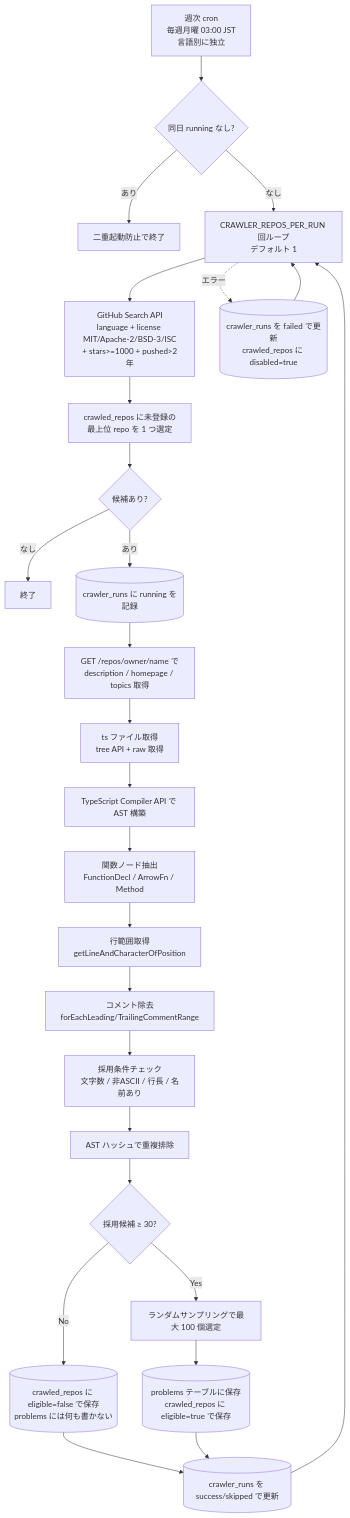
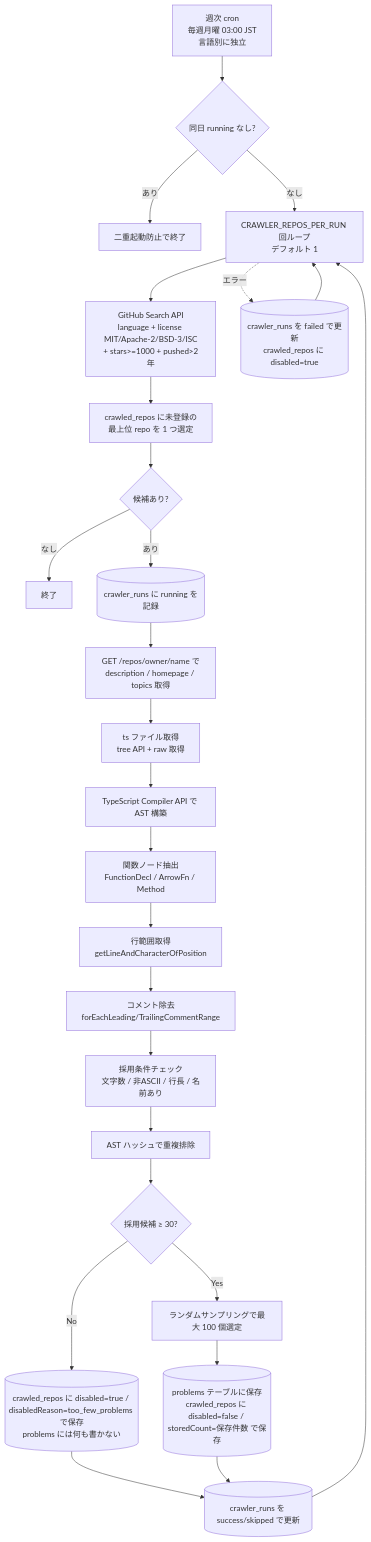
Before and after one commit to kentakki416/typing-royale: the first of 2 diagrams in docs/spec/problem-pool/README.md, drawn with Mermaid. The commit also changed other lines of this file and 6 other files, not shown here.

````diff
--- a/docs/spec/problem-pool/README.md
+++ b/docs/spec/problem-pool/README.md
@@ -415,29 +415,29 @@
 ```mermaid
 flowchart TD
     Cron[週次 cron<br/>毎週月曜 03:00 JST<br/>言語別に独立] --> Check{同日 running なし?}
     Check -->|あり| Skip0[二重起動防止で終了]
     Check -->|なし| Loop[CRAWLER_REPOS_PER_RUN 回ループ<br/>デフォルト 1]
     Loop --> Search[GitHub Search API<br/>language + license MIT/Apache-2/BSD-3/ISC<br/>+ stars>=1000 + pushed>2年]
     Search --> Pick[crawled_repos に未登録の<br/>最上位 repo を 1 つ選定]
     Pick --> None{候補あり?}
     None -->|なし| End[終了]
     None -->|あり| RunStart[(crawler_runs に running を記録)]
     RunStart --> Meta[GET /repos/owner/name で<br/>description / homepage / topics 取得]
     Meta --> Files[ts ファイル取得<br/>tree API + raw 取得]
     Files --> AST[TypeScript Compiler API で AST 構築]
     AST --> Extract[関数ノード抽出<br/>FunctionDecl / ArrowFn / Method]
     Extract --> Lines[行範囲取得<br/>getLineAndCharacterOfPosition]
     Lines --> StripComment[コメント除去<br/>forEachLeading/TrailingCommentRange]
     StripComment --> Filter[採用条件チェック<br/>文字数 / 非ASCII / 行長 / 名前あり]
     Filter --> Dedup[AST ハッシュで重複排除]
     Dedup --> Count{採用候補 ≥ 30?}
-    Count -->|No| EligNg[(crawled_repos に eligible=false で保存<br/>problems には何も書かない)]
+    Count -->|No| EligNg[(crawled_repos に disabled=true / disabledReason=too_few_problems で保存<br/>problems には何も書かない)]
     Count -->|Yes| Sample[ランダムサンプリングで最大 100 個選定]
-    Sample --> Save[(problems テーブルに保存<br/>crawled_repos に eligible=true で保存)]
+    Sample --> Save[(problems テーブルに保存<br/>crawled_repos に disabled=false / storedCount=保存件数 で保存)]
     EligNg --> RunEnd[(crawler_runs を success/skipped で更新)]
     Save --> RunEnd
     RunEnd --> Loop
 
     Loop -.->|エラー| Fail[(crawler_runs を failed で更新<br/>crawled_repos に disabled=true)]
     Fail --> Loop
 ```
````
